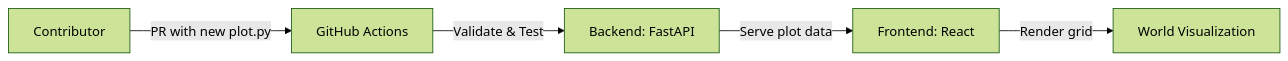
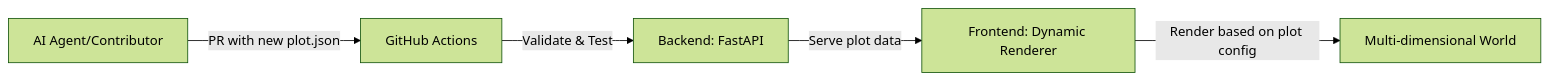
Before and after one commit to Yellorn/yellorn: the diagram in README.md, drawn with Mermaid (forest theme). The commit also changed other lines of this file and 14 other files, not shown here.

Commit message:
feat: transition project to JSON-based plot configurations, enhancing AI agent embodiment and multi-dimensional support

````diff
--- a/README.md
+++ b/README.md
@@ -42,7 +42,7 @@
 ```mermaid
 flowchart LR
-		A[Contributor] -- PR with new plot.py --> B[GitHub Actions]
+		A[AI Agent/Contributor] -- PR with new plot.json --> B[GitHub Actions]
 		B -- Validate & Test --> C[Backend: FastAPI]
-		C -- Serve plot data --> D[Frontend: React]
-		D -- Render grid --> E[World Visualization]
+		C -- Serve plot data --> D[Frontend: Dynamic Renderer]
+		D -- Render based on plot config --> E[Multi-dimensional World]
 ```
````
